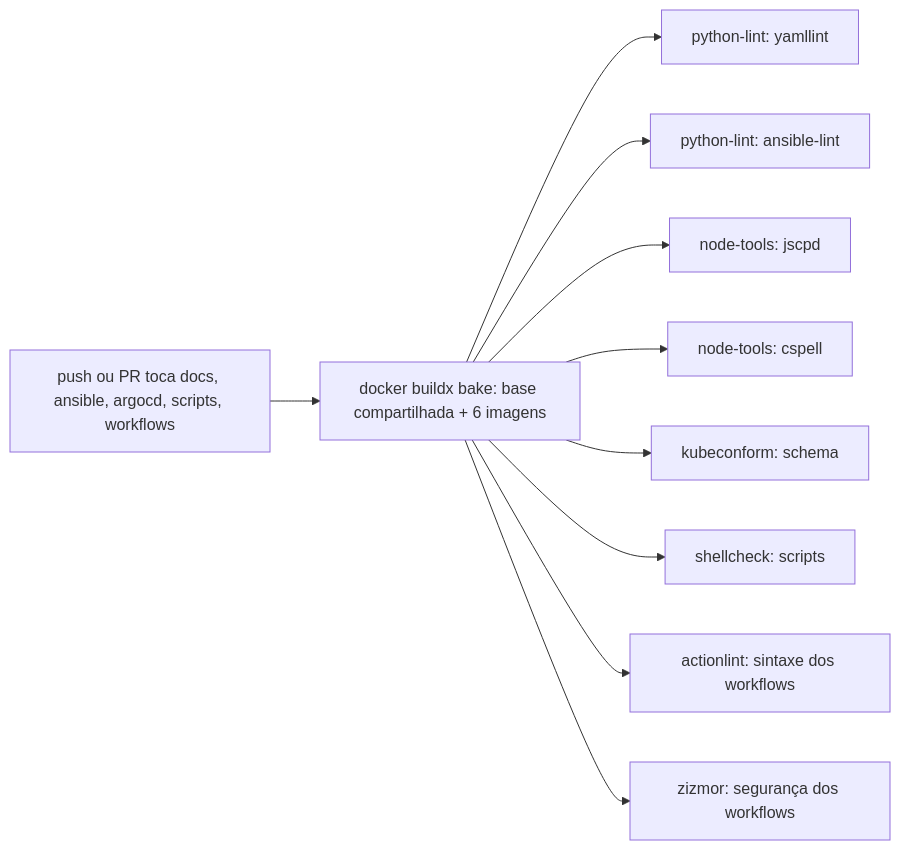
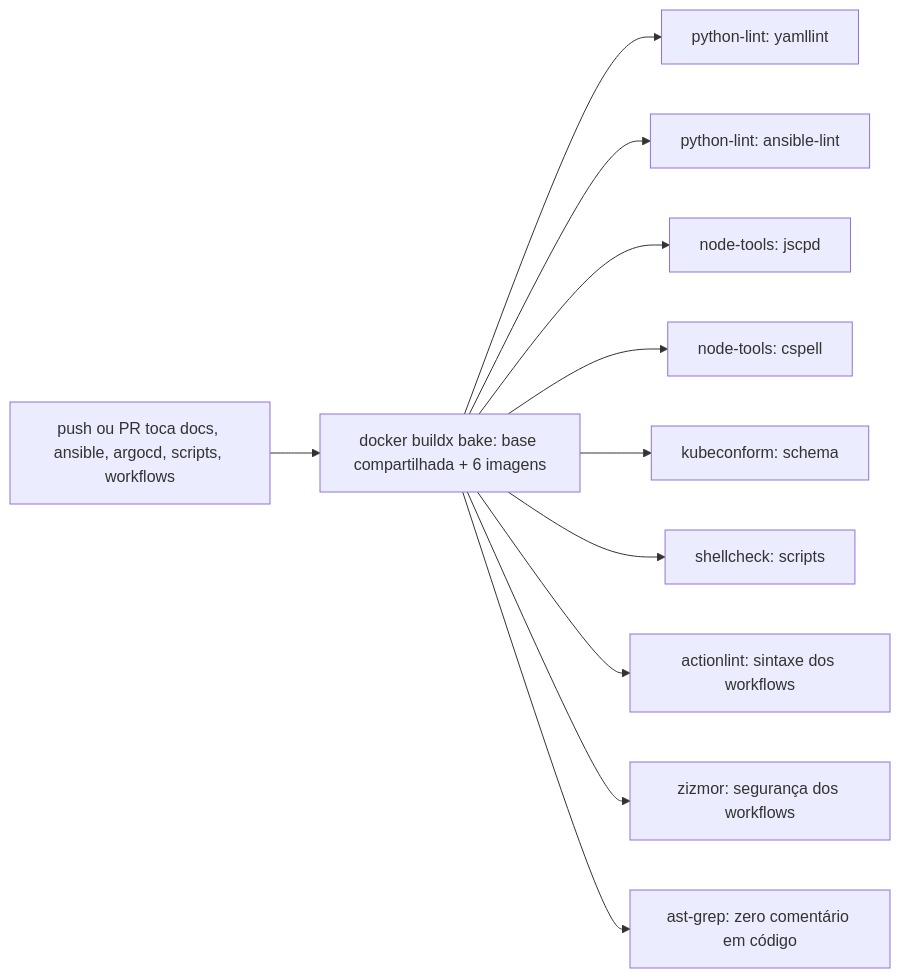
Before and after one commit to ladesa-ro/infrastructure: the seventh of 14 diagrams in docs/operacao/desenvolvimento.md, drawn with Mermaid. The commit also changed other lines of this file and 3 other files, not shown here.

````diff
--- a/docs/operacao/desenvolvimento.md
+++ b/docs/operacao/desenvolvimento.md
@@ -222,12 +232,13 @@
 ```mermaid
 flowchart LR
     Push[push ou PR toca docs, ansible, argocd, scripts, workflows] --> Bake[docker buildx bake: base compartilhada + 6 imagens]
     Bake --> YamlLint[python-lint: yamllint]
     Bake --> AnsibleLint[python-lint: ansible-lint]
     Bake --> Jscpd[node-tools: jscpd]
     Bake --> Cspell[node-tools: cspell]
     Bake --> Kubeconform[kubeconform: schema]
     Bake --> Shellcheck[shellcheck: scripts]
     Bake --> Actionlint[actionlint: sintaxe dos workflows]
     Bake --> Zizmor[zizmor: segurança dos workflows]
+    Bake --> AstGrep[ast-grep: zero comentário em código]
 ```
````
